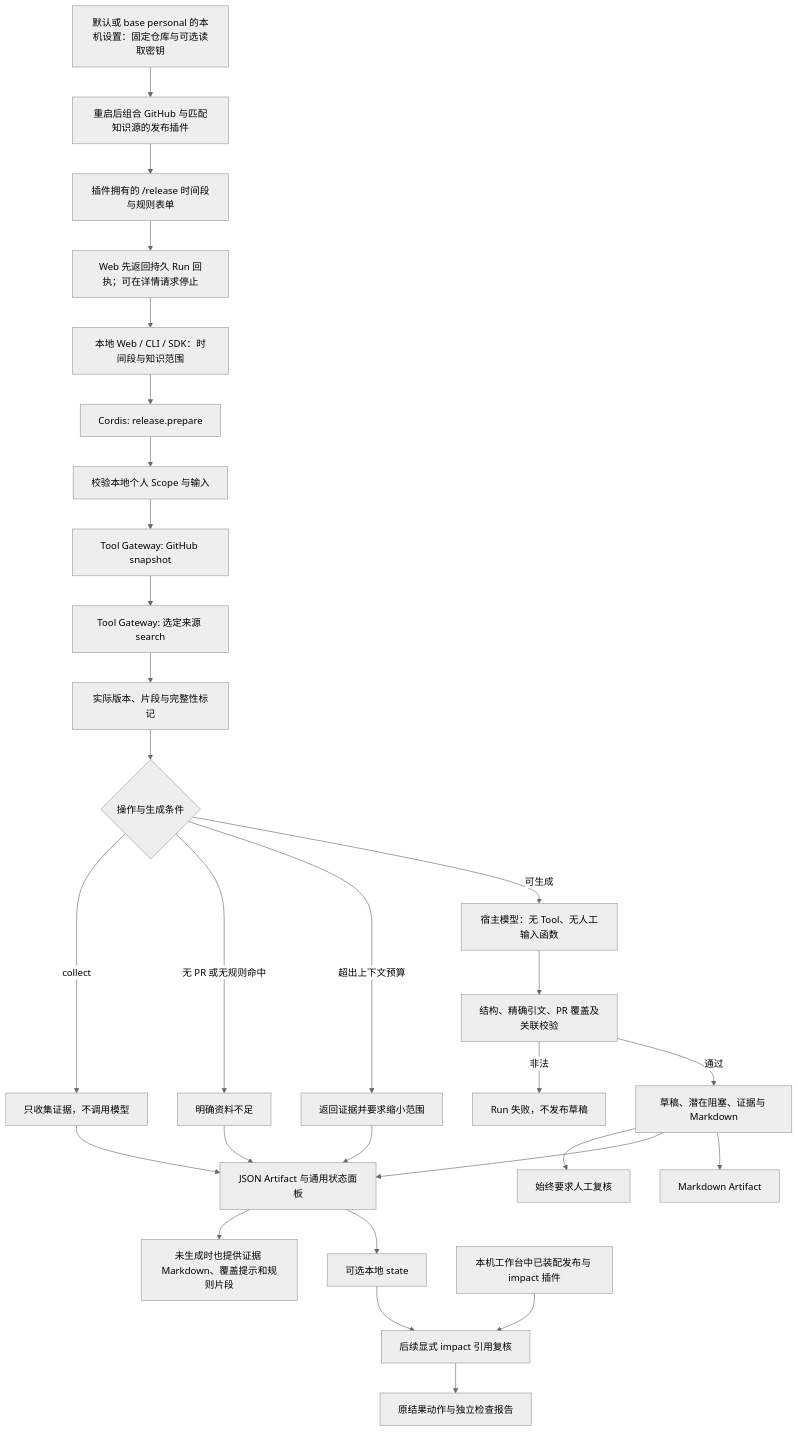
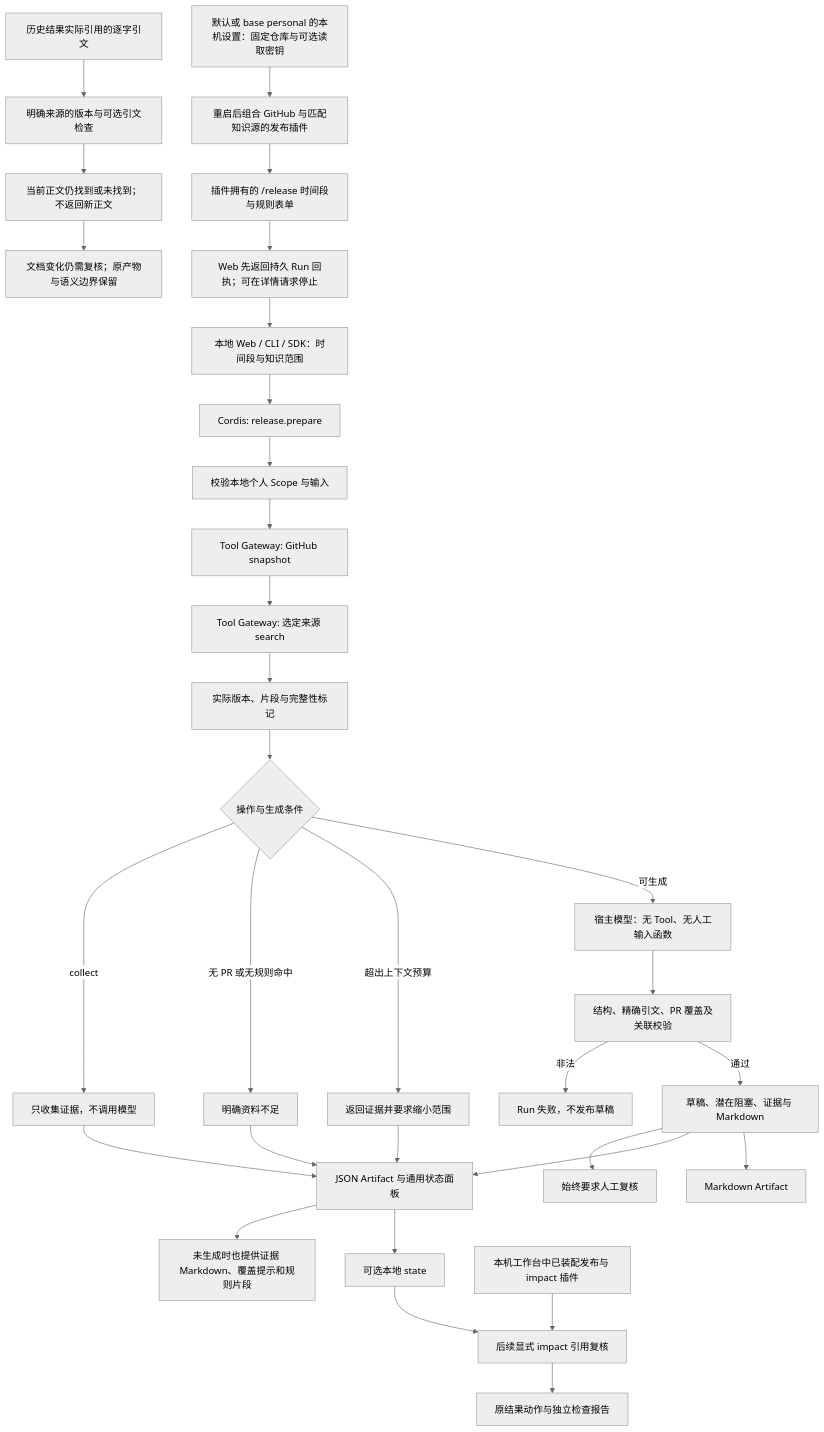
The first of 3 diagrams in backend/src/domains/release/FEATURE.md (KlayPeter/AI-Delivery-Ops-Agent), drawn with Mermaid (neutral theme) before and after one commit. The commit also changed other lines of this file and 33 other files, not shown here.

````diff
--- a/backend/src/domains/release/FEATURE.md
+++ b/backend/src/domains/release/FEATURE.md
@@ -22,31 +22,34 @@
 ```mermaid
 flowchart TD
+    QUOTED_HISTORY[历史结果实际引用的逐字引文] --> QUOTE_SOURCE[明确来源的版本与可选引文检查]
+    QUOTE_SOURCE --> QUOTE_DETAIL[当前正文仍找到或未找到；不返回新正文]
+    QUOTE_DETAIL --> QUOTE_REVIEW[文档变化仍需复核；原产物与语义边界保留]
     UISET[默认或 base personal 的本机设置：固定仓库与可选读取密钥] --> BOOT[重启后组合 GitHub 与匹配知识源的发布插件]
     BOOT --> PAGE[插件拥有的 /release 时间段与规则表单]
     PAGE --> ACK[Web 先返回持久 Run 回执；可在详情请求停止]
     ACK --> U[本地 Web / CLI / SDK：时间段与知识范围]
     U --> P[Cordis: release.prepare]
     P --> V[校验本地个人 Scope 与输入]
     V --> G[Tool Gateway: GitHub snapshot]
     G --> K[Tool Gateway: 选定来源 search]
     K --> E[实际版本、片段与完整性标记]
     E --> C{操作与生成条件}
     C -- collect --> O[只收集证据，不调用模型]
     C -- 无 PR 或无规则命中 --> I[明确资料不足]
     C -- 超出上下文预算 --> R[返回证据并要求缩小范围]
     C -- 可生成 --> M[宿主模型：无 Tool、无人工输入函数]
     M --> A[结构、精确引文、PR 覆盖及关联校验]
     A -- 非法 --> F[Run 失败，不发布草稿]
     A -- 通过 --> D[草稿、潜在阻塞、证据与 Markdown]
     D --> H[始终要求人工复核]
     O --> J[JSON Artifact 与通用状态面板]
     I --> J
     R --> J
     J --> EMD[未生成时也提供证据 Markdown、覆盖提示和规则片段]
     D --> J
     D --> MD[Markdown Artifact]
     J --> ST[可选本地 state]
     ST --> IC[后续显式 impact 引用复核]
     UI[本机工作台中已装配发布与 impact 插件] --> IC
     IC --> VIEW[原结果动作与独立检查报告]
 ```
````
